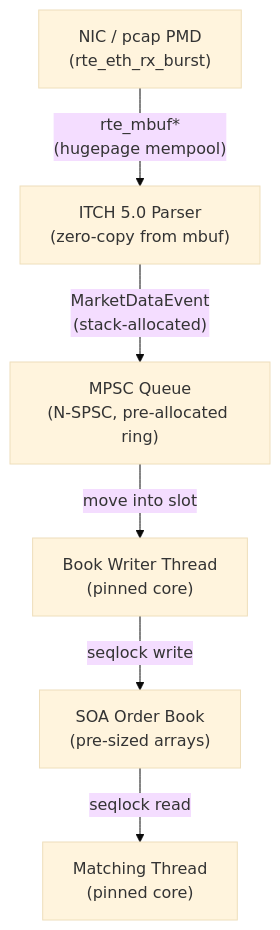
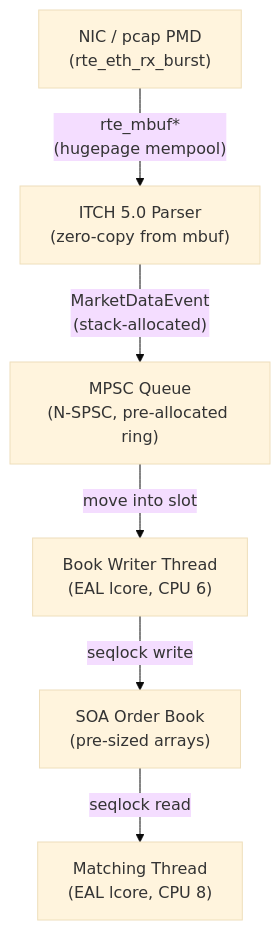
Before and after one commit to alchevrier/low-latency-feed-handler: the diagram in README.md, drawn with Mermaid (base theme). The commit also changed other lines of this file and 3 other files, not shown here.

Commit message:
feat: Adding ADR 008 to define threading model and setup DPDK to be able to read a pcap file and parse each messages into a market event data which is then added to the order book

````diff
--- a/README.md
+++ b/README.md
@@ -46,8 +46,8 @@
 ```mermaid
 flowchart TD
     A["NIC / pcap PMD\n(rte_eth_rx_burst)"] -->|"rte_mbuf*\n(hugepage mempool)"| B["ITCH 5.0 Parser\n(zero-copy from mbuf)"]
     B -->|"MarketDataEvent\n(stack-allocated)"| C["MPSC Queue\n(N-SPSC, pre-allocated ring)"]
-    C -->|"move into slot"| D["Book Writer Thread\n(pinned core)"]
+    C -->|"move into slot"| D["Book Writer Thread\n(EAL lcore, CPU 6)"]
     D -->|"seqlock write"| E["SOA Order Book\n(pre-sized arrays)"]
-    E -->|"seqlock read"| F["Matching Thread\n(pinned core)"]
+    E -->|"seqlock read"| F["Matching Thread\n(EAL lcore, CPU 8)"]
 ```
````
